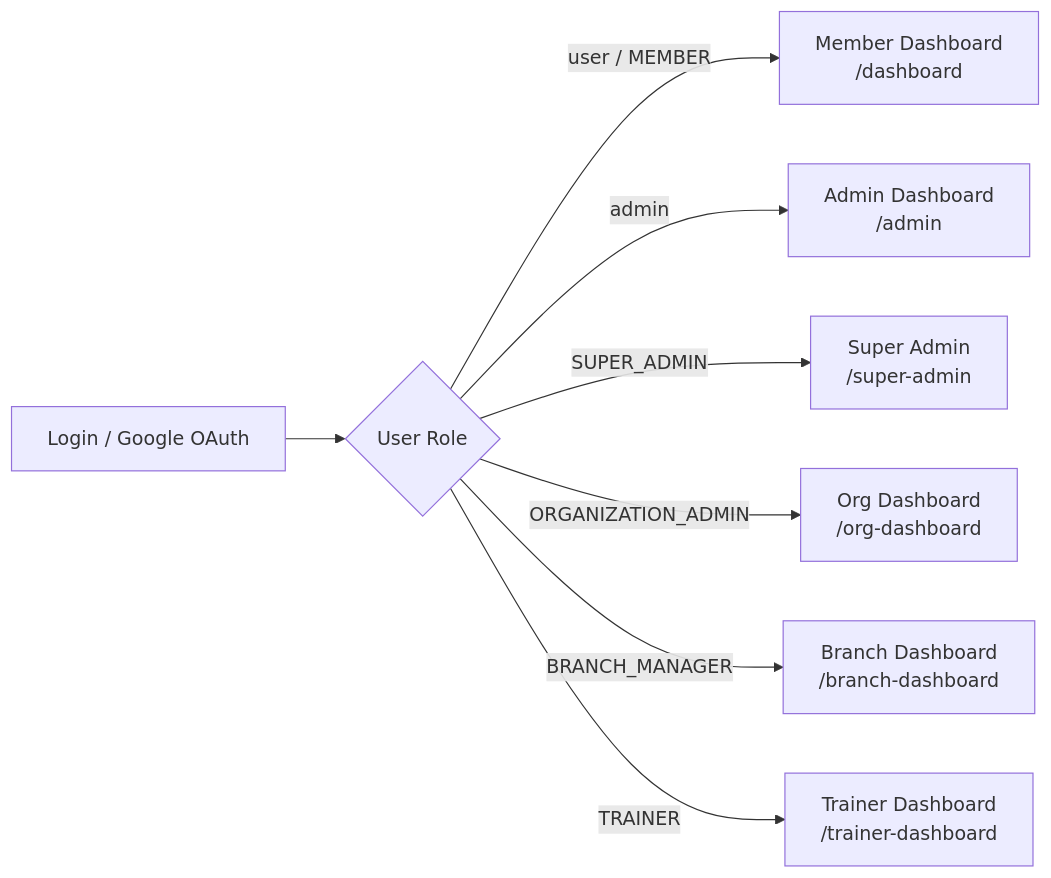
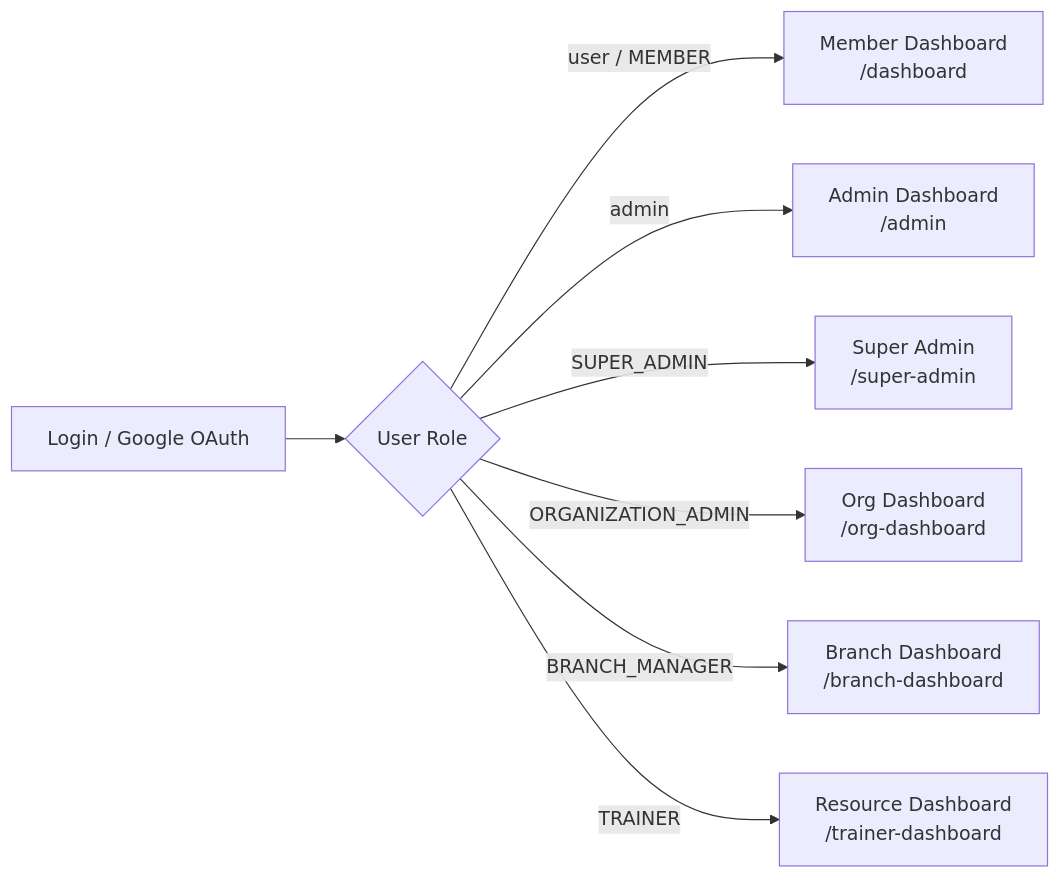
The fourth of 8 diagrams in README.md (sanjaydhiman82/fitpulsebot-new-ui), drawn with Mermaid before and after one commit. The commit also changed other lines of this file and 30 other files, not shown here.

````diff
--- a/README.md
+++ b/README.md
@@ -305,10 +305,10 @@
 ```mermaid
 flowchart LR
     LOGIN[Login / Google OAuth] --> ROLE{User Role}
     ROLE -->|user / MEMBER| MEMBER[Member Dashboard\n/dashboard]
     ROLE -->|admin| ADMIN[Admin Dashboard\n/admin]
     ROLE -->|SUPER_ADMIN| SUPER[Super Admin\n/super-admin]
     ROLE -->|ORGANIZATION_ADMIN| ORG[Org Dashboard\n/org-dashboard]
     ROLE -->|BRANCH_MANAGER| BRANCH[Branch Dashboard\n/branch-dashboard]
-    ROLE -->|TRAINER| TRAINER[Trainer Dashboard\n/trainer-dashboard]
+    ROLE -->|TRAINER| TRAINER[Resource Dashboard\n/trainer-dashboard]
 ```
````
